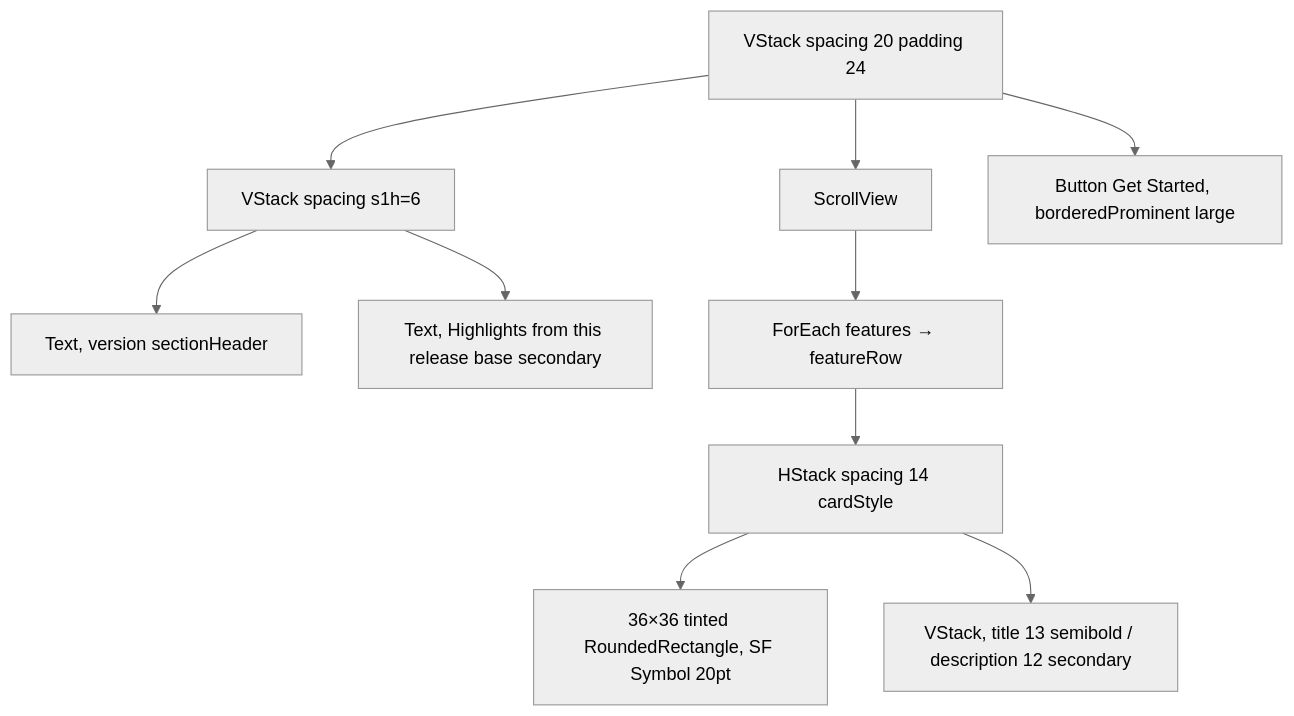
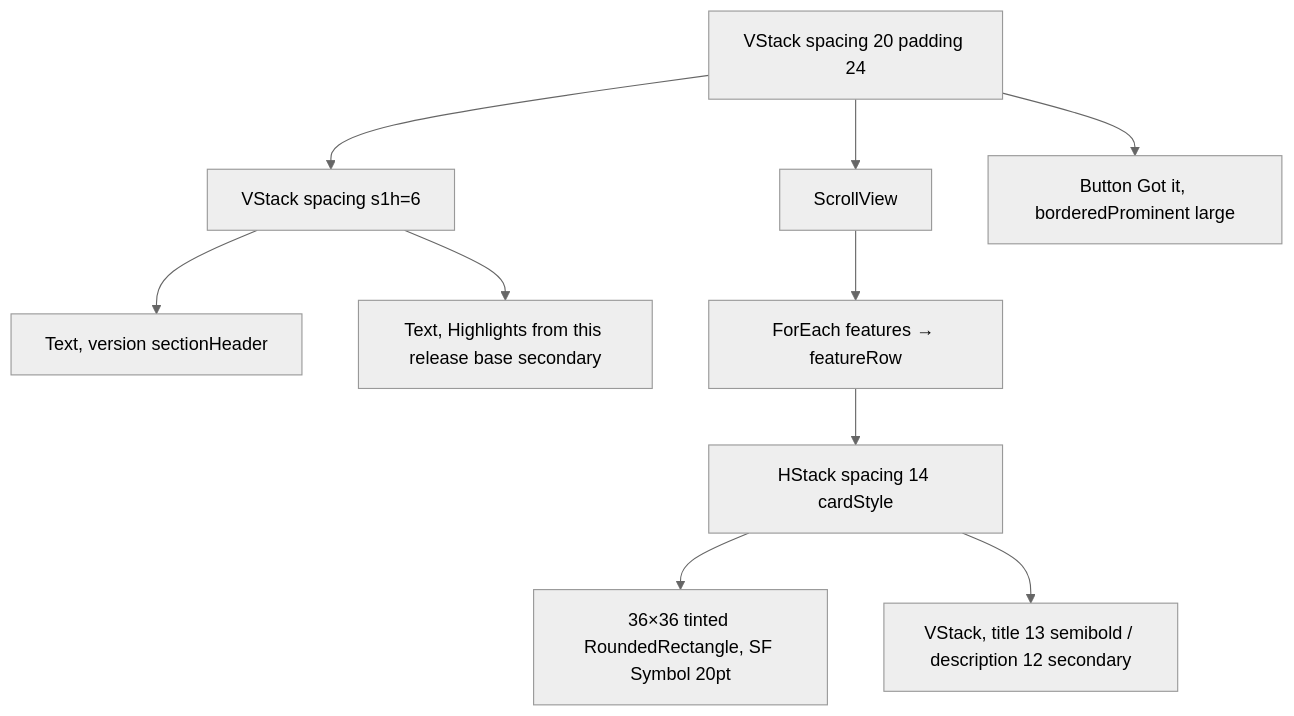
One commit to MrDemonWolf/wolfwave changed the diagram in design-system/components/whats-new-view.md. Above: the diagram before and after it, drawn with Mermaid (neutral theme). The commit also changed other lines of this file and 185 other files, not shown here.

````diff
--- a/design-system/components/whats-new-view.md
+++ b/design-system/components/whats-new-view.md
@@ -36,12 +40,12 @@
 ```mermaid
 graph TB
   Sheet[VStack spacing 20 padding 24] --> Header[VStack spacing s1h=6]
   Header --> Title[Text, version sectionHeader]
   Header --> Tagline[Text, Highlights from this release base secondary]
   Sheet --> List[ScrollView]
   List --> Rows[ForEach features → featureRow]
-  Sheet --> CTA[Button Get Started, borderedProminent large]
+  Sheet --> CTA[Button Got it, borderedProminent large]
   Rows --> Row[HStack spacing 14 cardStyle]
   Row --> IconTile[36×36 tinted RoundedRectangle, SF Symbol 20pt]
   Row --> RowText[VStack, title 13 semibold / description 12 secondary]
 ```
````
